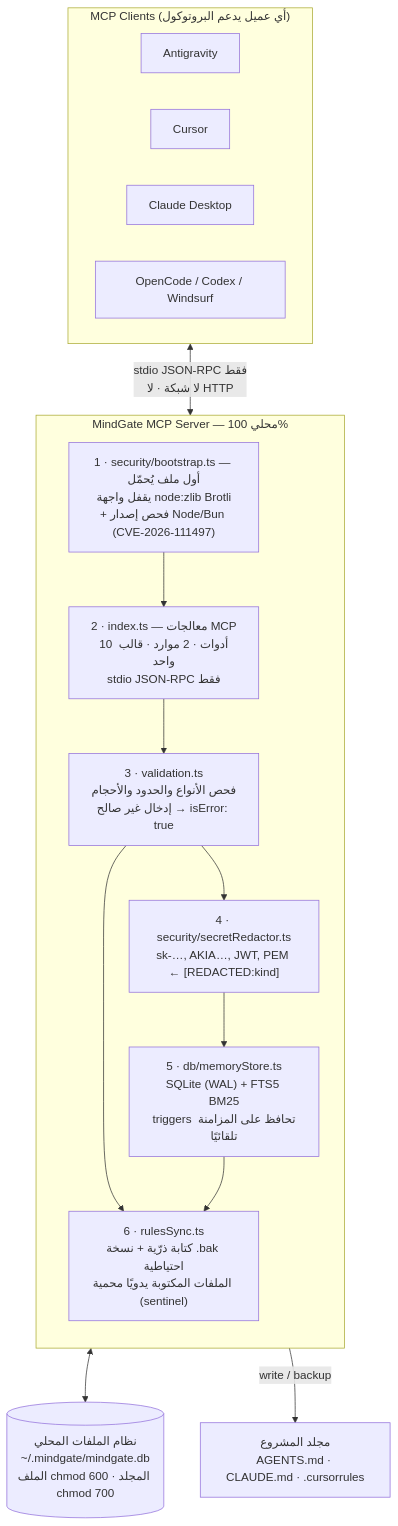
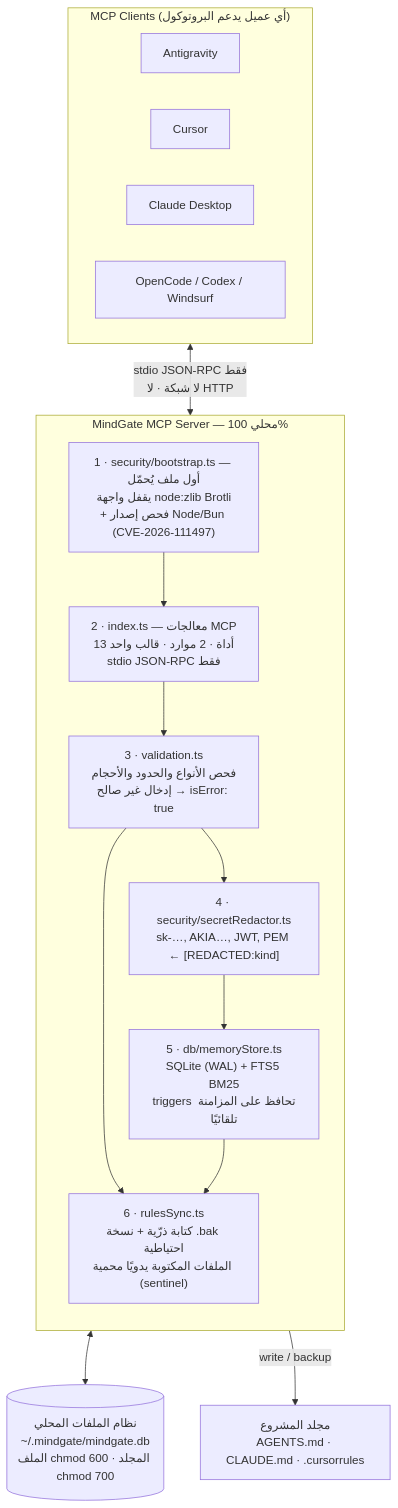
The diagram in README.ar.md (aaserag1/mindgate-mcp), drawn with Mermaid before and after one commit. The commit also changed other lines of this file, not shown here.

````diff
--- a/README.ar.md
+++ b/README.ar.md
@@ -41,32 +170,32 @@
 ```mermaid
 flowchart TB
     subgraph Clients["MCP Clients (أي عميل يدعم البروتوكول)"]
         A1["Antigravity"]
         A2["Cursor"]
         A3["Claude Desktop"]
         A4["OpenCode / Codex / Windsurf"]
     end
 
     subgraph Server["MindGate MCP Server — محلي 100%"]
         direction TB
         BOOT["1 · security/bootstrap.ts — أول ملف يُحمّل<br/>يقفل واجهة node:zlib Brotli<br/>+ فحص إصدار Node/Bun (CVE-2026-111497)"]
-        TOOLS["2 · index.ts — معالجات MCP<br/>10 أدوات · 2 موارد · قالب واحد<br/>stdio JSON-RPC فقط"]
+        TOOLS["2 · index.ts — معالجات MCP<br/>13 أداة · 2 موارد · قالب واحد<br/>stdio JSON-RPC فقط"]
         VALID["3 · validation.ts<br/>فحص الأنواع والحدود والأحجام<br/>إدخال غير صالح → isError: true"]
         REDACT["4 · security/secretRedactor.ts<br/>sk-…, AKIA…, JWT, PEM ← [REDACTED:kind]"]
         STORE["5 · db/memoryStore.ts<br/>SQLite (WAL) + FTS5 BM25<br/>triggers تحافظ على المزامنة تلقائيًا"]
         RULES["6 · rulesSync.ts<br/>كتابة ذرّية + نسخة .bak احتياطية<br/>الملفات المكتوبة يدويًا محمية (sentinel)"]
         BOOT --> TOOLS
         TOOLS --> VALID
         VALID --> REDACT
         REDACT --> STORE
         VALID --> RULES
         STORE --> RULES
     end
 
     DB[("نظام الملفات المحلي<br/>~/.mindgate/mindgate.db<br/>الملف chmod 600 · المجلد chmod 700")]
     PROJ["مجلد المشروع<br/>AGENTS.md · CLAUDE.md · .cursorrules"]
 
     Clients <-->|"stdio JSON-RPC فقط<br/>لا شبكة · لا HTTP"| BOOT
     STORE <--> DB
     RULES -->|"write / backup"| PROJ
 ```
````
